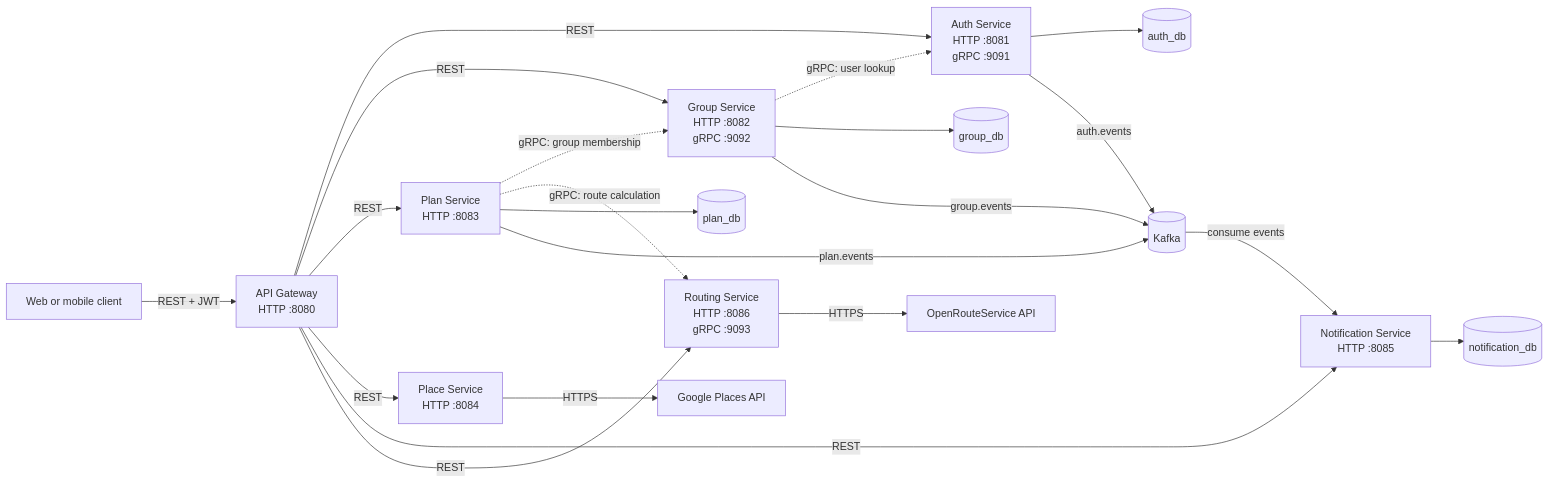
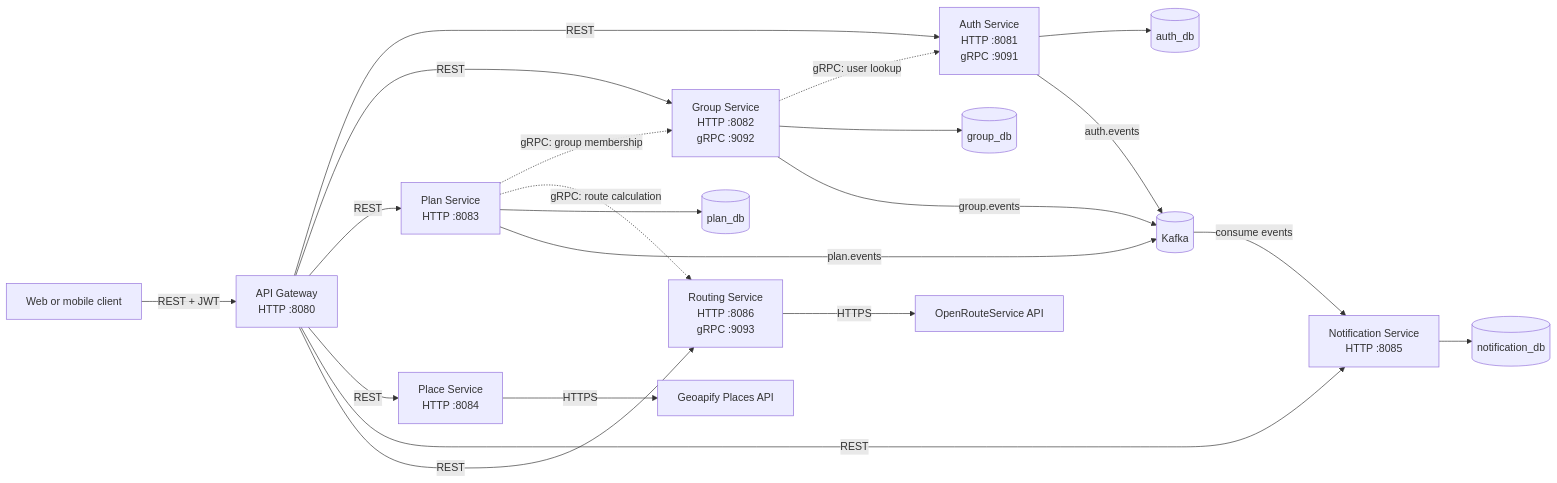
The first of 2 diagrams in README.md (julynguyen247/starlyvia), drawn with Mermaid before and after one commit. The commit also changed other lines of this file and 12 other files, not shown here.

Commit message:
feat(places): replace Google with Geoapify

````diff
--- a/README.md
+++ b/README.md
@@ -21,44 +21,44 @@
 ```mermaid
 flowchart LR
     Client[Web or mobile client]
     Gateway[API Gateway<br/>HTTP :8080]
 
     Auth[Auth Service<br/>HTTP :8081<br/>gRPC :9091]
     Group[Group Service<br/>HTTP :8082<br/>gRPC :9092]
     Plan[Plan Service<br/>HTTP :8083]
     Place[Place Service<br/>HTTP :8084]
     Notification[Notification Service<br/>HTTP :8085]
     Routing[Routing Service<br/>HTTP :8086<br/>gRPC :9093]
 
     AuthDB[(auth_db)]
     GroupDB[(group_db)]
     PlanDB[(plan_db)]
     NotificationDB[(notification_db)]
     Kafka[(Kafka)]
-    Google[Google Places API]
+    Geoapify[Geoapify Places API]
     ORS[OpenRouteService API]
 
     Client -->|REST + JWT| Gateway
     Gateway -->|REST| Auth
     Gateway -->|REST| Group
     Gateway -->|REST| Plan
     Gateway -->|REST| Place
     Gateway -->|REST| Notification
     Gateway -->|REST| Routing
 
     Group -.->|gRPC: user lookup| Auth
     Plan -.->|gRPC: group membership| Group
     Plan -.->|gRPC: route calculation| Routing
 
     Auth --> AuthDB
     Group --> GroupDB
     Plan --> PlanDB
     Notification --> NotificationDB
-    Place -->|HTTPS| Google
+    Place -->|HTTPS| Geoapify
     Routing -->|HTTPS| ORS
 
     Auth -->|auth.events| Kafka
     Group -->|group.events| Kafka
     Plan -->|plan.events| Kafka
     Kafka -->|consume events| Notification
 ```
````
